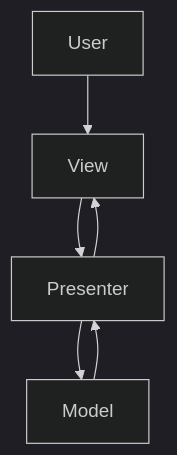
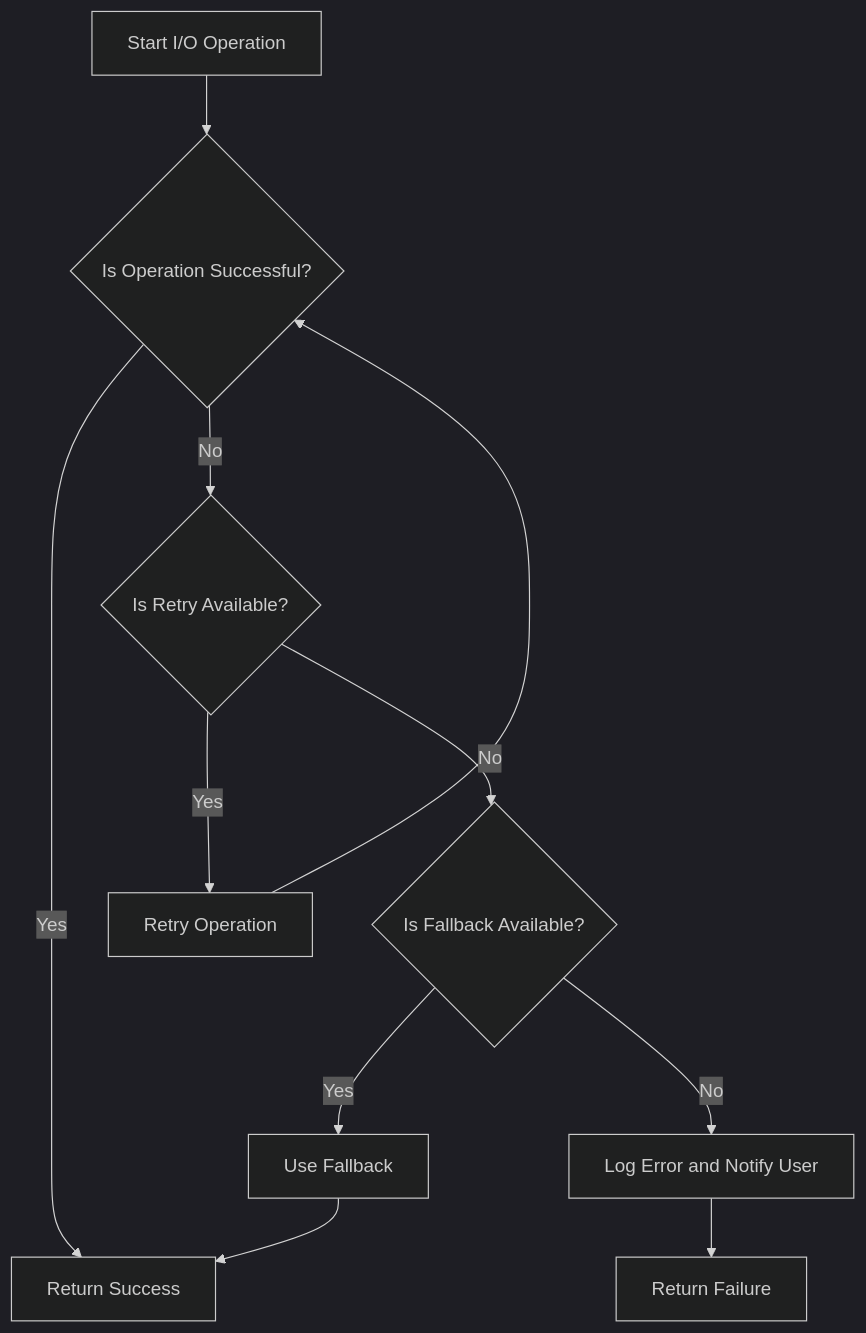
The diagram in content/patterns-clojure/12/5/index.md (MasteryEducation/SoftwarePatternsLexicon.com), drawn with Mermaid (dark theme) before and after one commit. The commit also changed other lines of this file and 462 other files, not shown here.

````diff
--- a/content/patterns-clojure/12/5/index.md
+++ b/content/patterns-clojure/12/5/index.md
@@ -50,8 +152,13 @@
 ```mermaid
-graph TD;
-    A[User] --> B[View]
-    B --> C[Presenter]
-    C --> D[Model]
-    D --> C
-    C --> B
+flowchart TD
+    A[Start I/O Operation] --> B{Is Operation Successful?}
+    B -- Yes --> C[Return Success]
+    B -- No --> D{Is Retry Available?}
+    D -- Yes --> E[Retry Operation]
+    E --> B
+    D -- No --> F{Is Fallback Available?}
+    F -- Yes --> G[Use Fallback]
+    G --> C
+    F -- No --> H[Log Error and Notify User]
+    H --> I[Return Failure]
 ```
````
